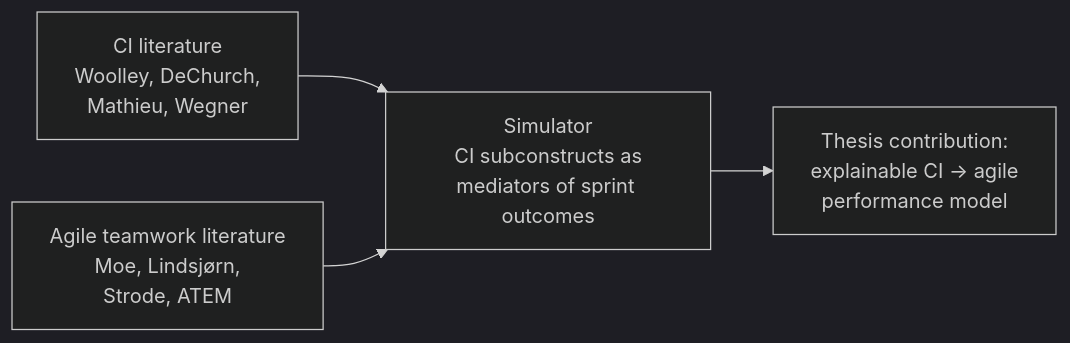
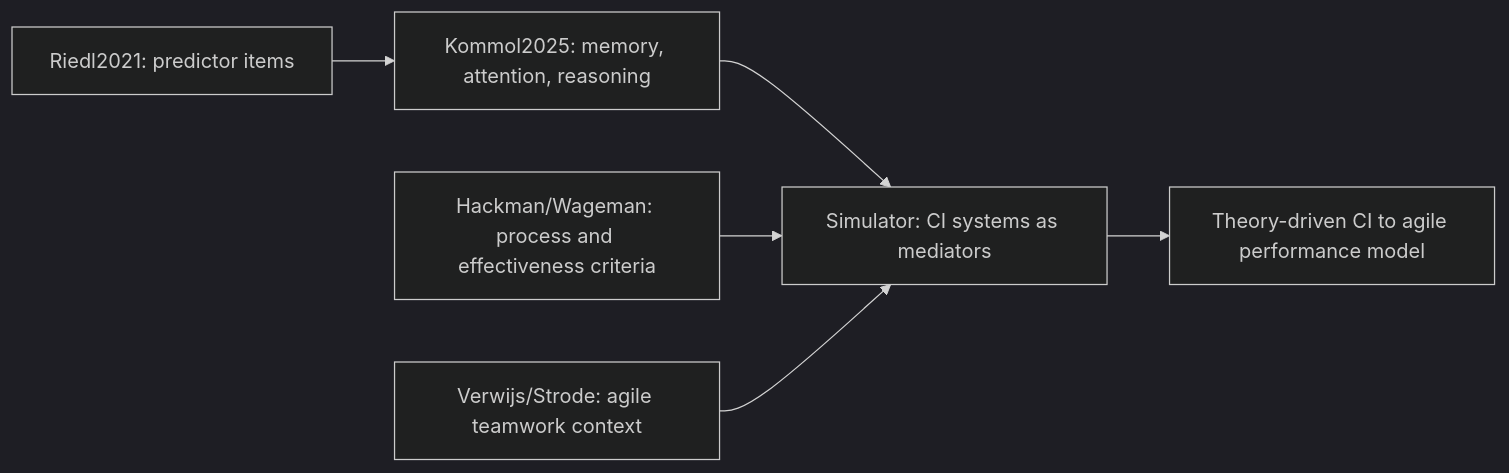
Before and after one commit to arslansultandogar/agile-simulator: the diagram in docs/UML_CI_PERFORMANCE_ANALYSIS.md, drawn with Mermaid (dark theme). The commit also changed other lines of this file and 16 other files, not shown here.

````diff
--- a/docs/UML_CI_PERFORMANCE_ANALYSIS.md
+++ b/docs/UML_CI_PERFORMANCE_ANALYSIS.md
@@ -324,6 +123,8 @@
 ```mermaid
 flowchart LR
-    A["CI literature<br/>Woolley, DeChurch,<br/>Mathieu, Wegner"] --> C["Simulator<br/>CI subconstructs as<br/>mediators of sprint outcomes"]
-    B["Agile teamwork literature<br/>Moe, Lindsjørn,<br/>Strode, ATEM"] --> C
-    C --> D["Thesis contribution:<br/>explainable CI → agile<br/>performance model"]
+    riedl["Riedl2021: predictor items"] --> kommol["Kommol2025: memory, attention, reasoning"]
+    kommol --> simulator["Simulator: CI systems as mediators"]
+    hackman["Hackman/Wageman: process and effectiveness criteria"] --> simulator
+    agile["Verwijs/Strode: agile teamwork context"] --> simulator
+    simulator --> contribution["Theory-driven CI to agile performance model"]
 ```
````
